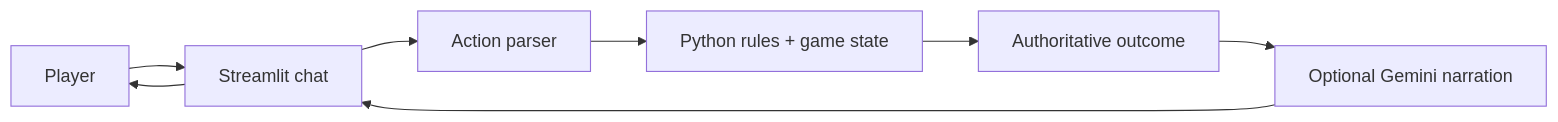
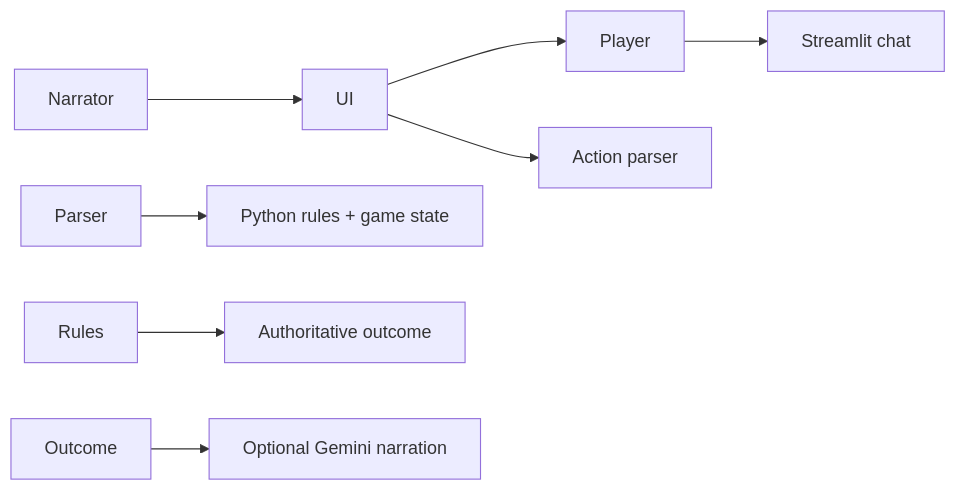
One commit to VaishnavVinod/AI-Escape-Room changed the second of 2 diagrams in README.md. Above: the diagram before and after it, drawn with Mermaid. The commit also changed other lines of this file, not shown here.

````diff
--- a/README.md
+++ b/README.md
@@ -29,10 +29,10 @@
 ```mermaid
 flowchart LR
-    Player --> UI[Streamlit chat]
-    UI --> Parser[Action parser]
-    Parser --> Rules[Python rules + game state]
-    Rules --> Outcome[Authoritative outcome]
-    Outcome --> Narrator[Optional Gemini narration]
+    Player --> UI\[Streamlit chat]
+    UI --> Parser\[Action parser]
+    Parser --> Rules\[Python rules + game state]
+    Rules --> Outcome\[Authoritative outcome]
+    Outcome --> Narrator\[Optional Gemini narration]
     Narrator --> UI
     UI --> Player
 ```
````
